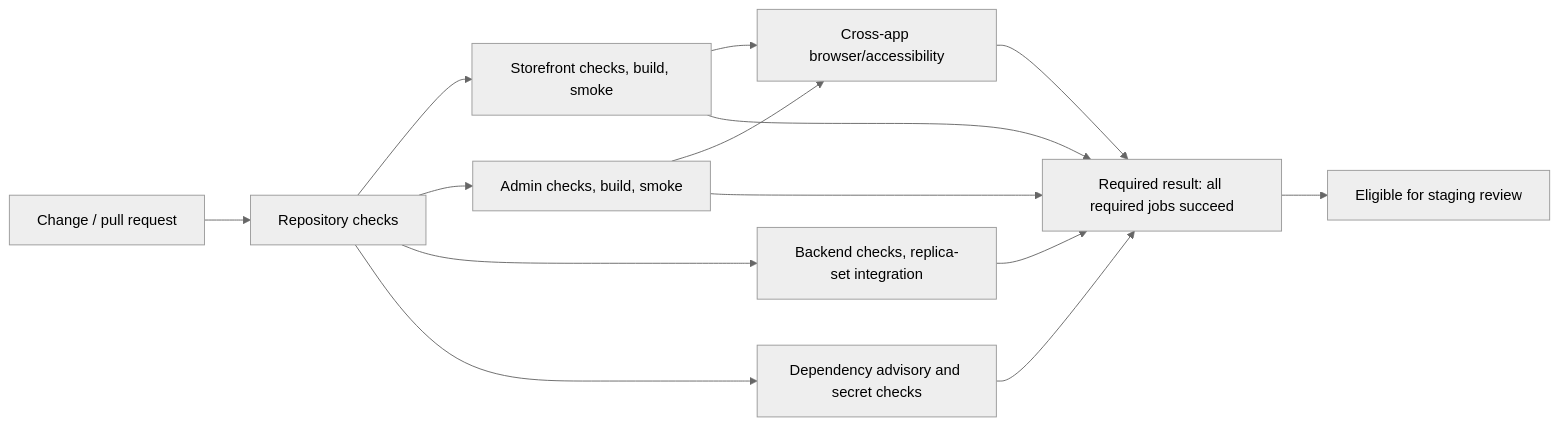
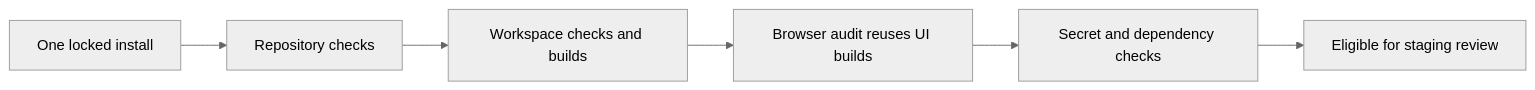
The third of 4 diagrams in docs/TESTING.md (mdnuruzzamannirob/sportzone), drawn with Mermaid (neutral theme) before and after one commit. The commit also changed other lines of this file and 17 other files, not shown here.

````diff
--- a/docs/TESTING.md
+++ b/docs/TESTING.md
@@ -862,16 +861,8 @@
 ```mermaid
 flowchart LR
-    Commit[Change / pull request] --> Repo[Repository checks]
-    Repo --> Store[Storefront checks, build, smoke]
-    Repo --> Admin[Admin checks, build, smoke]
-    Repo --> API[Backend checks, replica-set integration]
-    Repo --> Supply[Dependency advisory and secret checks]
-    Store --> Browser[Cross-app browser/accessibility]
-    Admin --> Browser
-    Store --> Result[Required result: all required jobs succeed]
-    Admin --> Result
-    API --> Result
-    Supply --> Result
-    Browser --> Result
-    Result --> Review[Eligible for staging review]
+    Setup[One locked install] --> Repo[Repository checks]
+    Repo --> Apps[Workspace checks and builds]
+    Apps --> Browser[Browser audit reuses UI builds]
+    Browser --> Security[Secret and dependency checks]
+    Security --> Review[Eligible for staging review]
 ```
````
